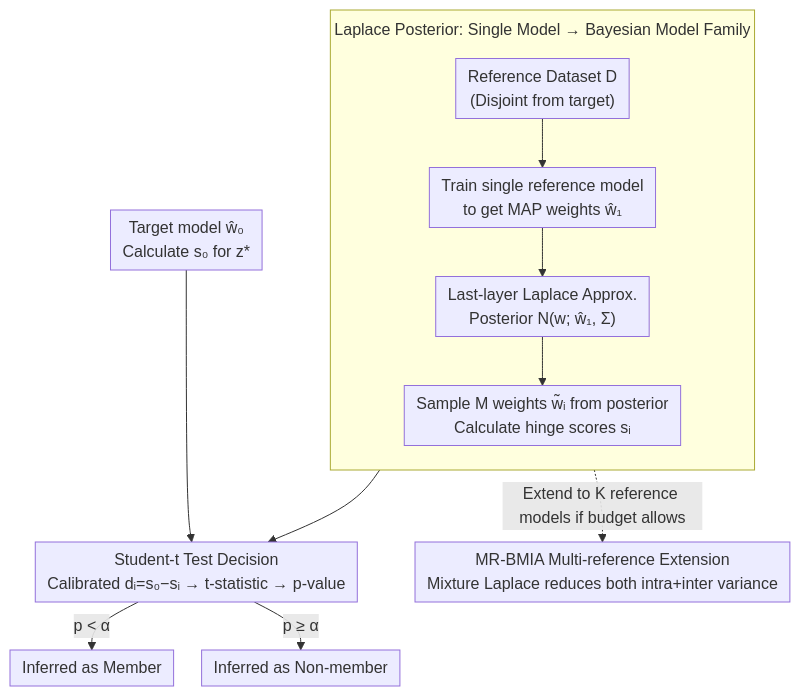
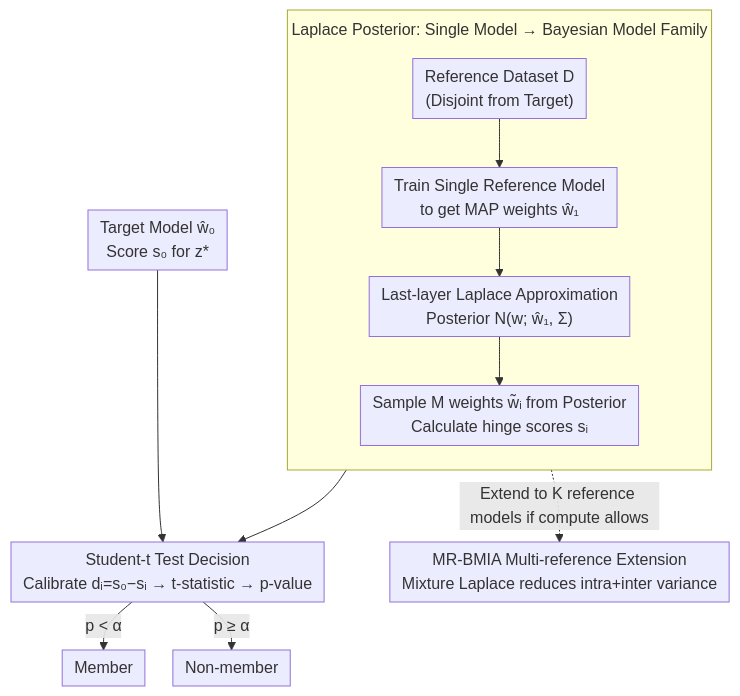
The diagram in docs/ICML2026/ai_safety/how_does_bayesian_sampling_help_membership_inference_attacks.md (zhaoyang97/Paper-Notes-en), drawn with Mermaid before and after one commit. The commit also changed other lines of this file and 5084 other files, not shown here.

````diff
--- a/docs/ICML2026/ai_safety/how_does_bayesian_sampling_help_membership_inference_attacks.md
+++ b/docs/ICML2026/ai_safety/how_does_bayesian_sampling_help_membership_inference_attacks.md
@@ -41,16 +41,15 @@
 ```mermaid
 %%{init: {'flowchart': {'rankSpacing': 24, 'nodeSpacing': 28, 'padding': 6, 'wrappingWidth': 400, 'subGraphTitleMargin': {'top': 8, 'bottom': 16}}}}%%
 flowchart TD
     subgraph LA["Laplace Posterior: Single Model → Bayesian Model Family"]
         direction TB
-        A["Reference Dataset D<br/>(Disjoint from target)"] --> B["Train single reference model<br/>to get MAP weights ŵ₁"]
-        B --> C["Last-layer Laplace Approx.<br/>Posterior N(w; ŵ₁, Σ)"]
-        D["Sample M weights w̃ᵢ from posterior<br/>Calculate hinge scores sᵢ"]
-        C --> D
+        A["Reference Dataset D<br/>(Disjoint from Target)"] --> B["Train Single Reference Model<br/>to get MAP weights ŵ₁"]
+        B --> C["Last-layer Laplace Approximation<br/>Posterior N(w; ŵ₁, Σ)"]
+        C --> D["Sample M weights w̃ᵢ from Posterior<br/>Calculate hinge scores sᵢ"]
     end
-    T["Target model ŵ₀<br/>Calculate s₀ for z*"] --> E
-    D --> E["Student-t Test Decision<br/>Calibrated dᵢ=s₀−sᵢ → t-statistic → p-value"]
-    E -->|"p < α"| F["Inferred as Member"]
-    E -->|"p ≥ α"| G["Inferred as Non-member"]
-    D -.->|"Extend to K reference models if budget allows"| H["MR-BMIA Multi-reference Extension<br/>Mixture Laplace reduces both intra+inter variance"]
+    T["Target Model ŵ₀<br/>Score s₀ for z*"] --> E
+    D --> E["Student-t Test Decision<br/>Calibrate dᵢ=s₀−sᵢ → t-statistic → p-value"]
+    E -->|"p < α"| F["Member"]
+    E -->|"p ≥ α"| G["Non-member"]
+    D -.->|"Extend to K reference models if compute allows"| H["MR-BMIA Multi-reference Extension<br/>Mixture Laplace reduces intra+inter variance"]
 ```
````
